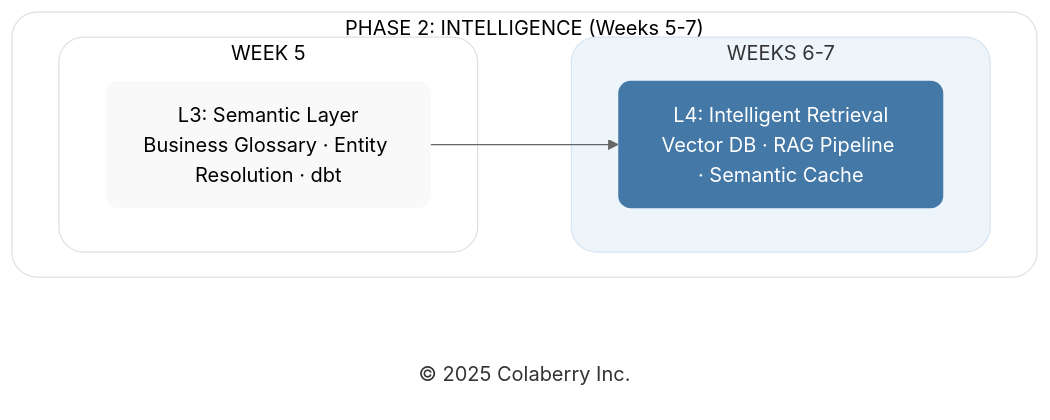
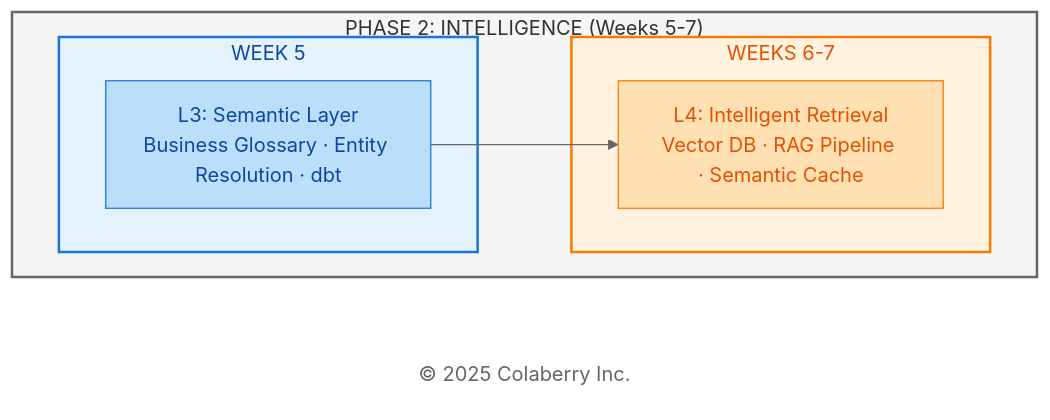
One commit to saitejesh-cyber/trust-before-intelligence-book changed the fourth of 7 diagrams in manuscript/11_chapter_10_week_by_week_implementation.md. Above: the diagram before and after it, drawn with Mermaid (neutral theme). The commit also changed other lines of this file and 12 other files, not shown here.

Commit message:
Restore legacy Mermaid styles for Option 1

````diff
--- a/manuscript/11_chapter_10_week_by_week_implementation.md
+++ b/manuscript/11_chapter_10_week_by_week_implementation.md
@@ -266,26 +266,26 @@
 ```mermaid
 
 graph LR
     subgraph PHASE2["PHASE 2: INTELLIGENCE (Weeks 5-7)"]
         direction LR
         subgraph WEEK5["WEEK 5"]
             L3["L3: Semantic Layer<br/>Business Glossary · Entity Resolution · dbt"]
         end
         
         subgraph WEEK67["WEEKS 6-7"]
             L4["L4: Intelligent Retrieval<br/>Vector DB · RAG Pipeline · Semantic Cache"]
         end
     end
     
     Copyright["© 2025 Colaberry Inc."]
     
     L3 --> L4
     
-    style PHASE2 fill:#ffffff,stroke:#e0e0e0,stroke-width:1px,color:#000000,rx:20,ry:20
-    style WEEK5 fill:#ffffff,stroke:#e0e0e0,stroke-width:1px,color:#000000,rx:20,ry:20
-    style WEEK67 fill:#edf4fa,stroke:#d6e4f2,stroke-width:1px,color:#333333,rx:20,ry:20
-    style L3 fill:#f9f9f9,stroke:none,color:#000000,rx:10,ry:10
-    style L4 fill:#4478A6,stroke:none,color:#ffffff,rx:10,ry:10
-    style Copyright fill:none,stroke:none,color:#333333
+    style PHASE2 fill:#f5f5f5,stroke:#666666,stroke-width:2px,color:#333333
+    style WEEK5 fill:#e3f2fd,stroke:#1976d2,stroke-width:2px,color:#0d47a1
+    style WEEK67 fill:#fff3e0,stroke:#f57c00,stroke-width:2px,color:#e65100
+    style L3 fill:#bbdefb,stroke:#1976d2,color:#0d47a1
+    style L4 fill:#ffe0b2,stroke:#f57c00,color:#e65100
+    style Copyright fill:#ffffff,stroke:none,color:#666666
 
 ```
````
